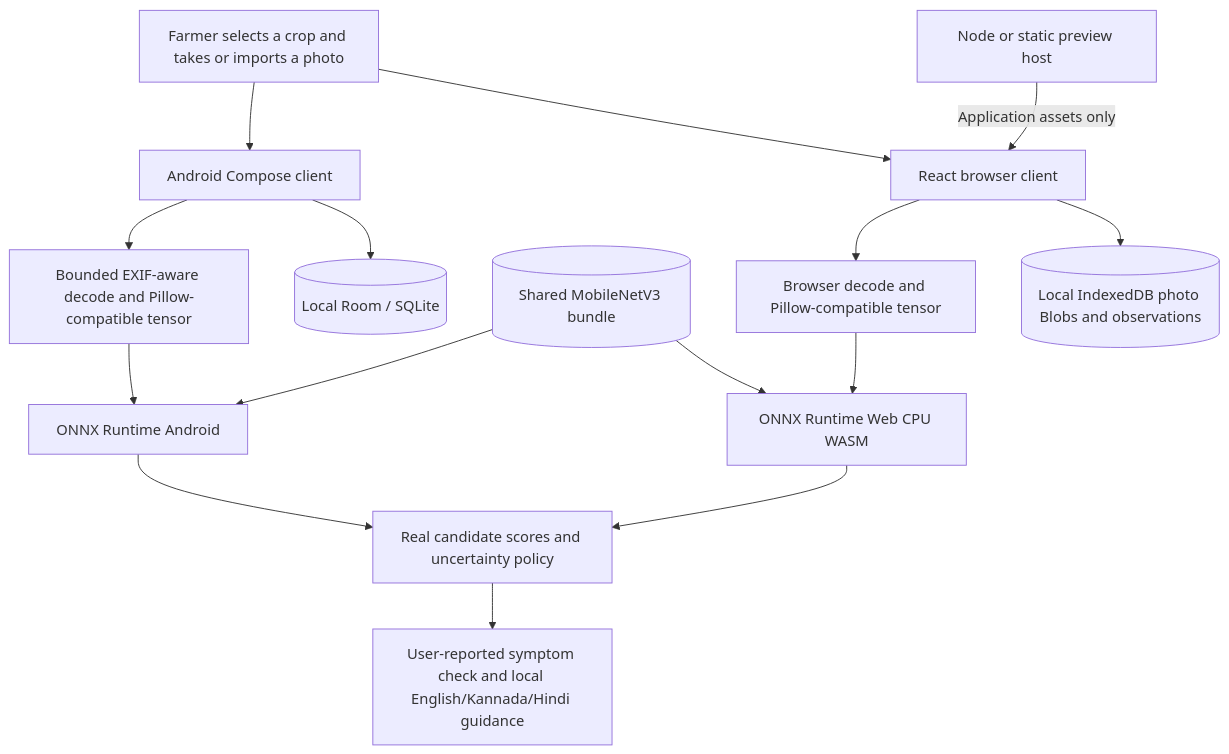
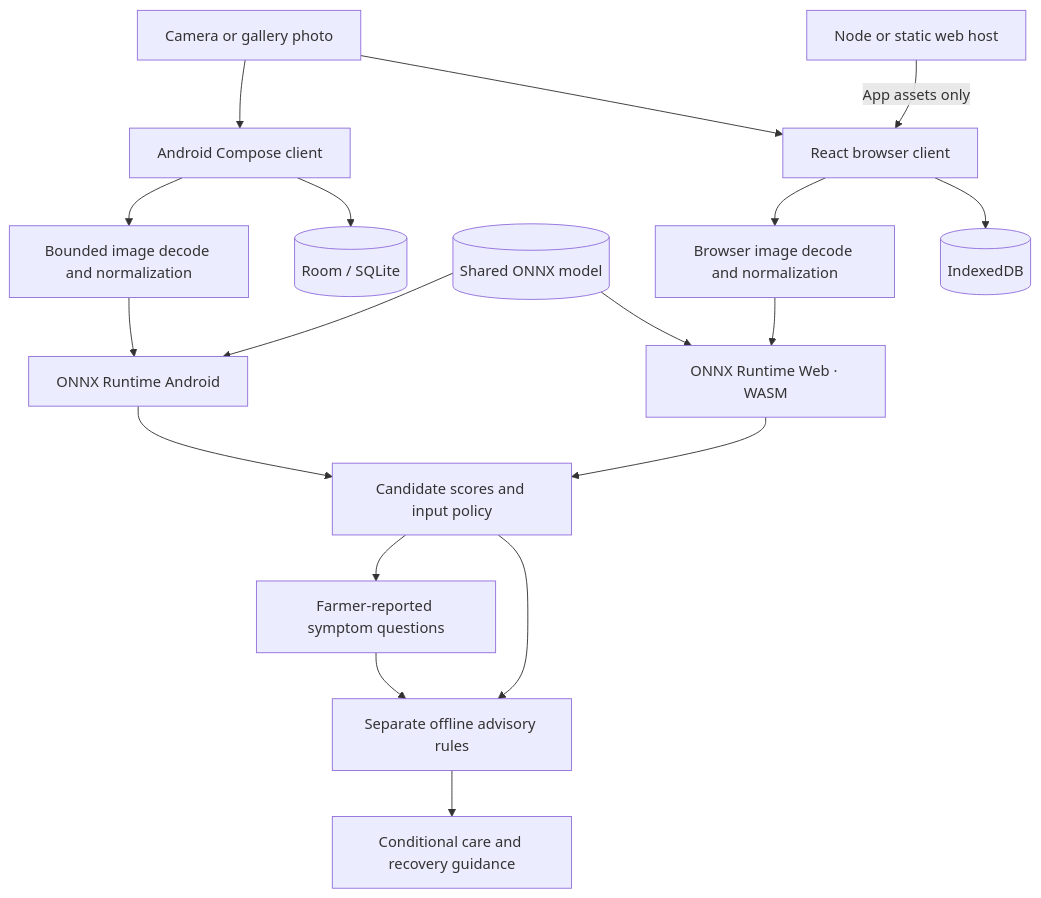
One commit to salecha-codes/Build_Beyond changed the diagram in docs/REPOSITORY_STRUCTURE.md. Above: the diagram before and after it, drawn with Mermaid. The commit also changed other lines of this file and 1 other file, not shown here.

````diff
--- a/docs/REPOSITORY_STRUCTURE.md
+++ b/docs/REPOSITORY_STRUCTURE.md
@@ -31,18 +52,20 @@
 ```mermaid
 flowchart TD
-    Photo[Farmer selects a crop and takes or imports a photo]
-    Photo --> Native[Android Compose client]
-    Photo --> Web[React browser client]
-    Native --> NPrep[Bounded EXIF-aware decode and Pillow-compatible tensor]
-    Web --> WPrep[Browser decode and Pillow-compatible tensor]
-    Bundle[(Shared MobileNetV3 bundle)] --> ORTA[ONNX Runtime Android]
-    Bundle --> ORTW[ONNX Runtime Web CPU WASM]
-    NPrep --> ORTA
-    WPrep --> ORTW
-    ORTA --> Gate[Real candidate scores and uncertainty policy]
-    ORTW --> Gate
-    Gate --> Guide[User-reported symptom check and local English/Kannada/Hindi guidance]
-    Native --> Room[(Local Room / SQLite)]
-    Web --> IDB[(Local IndexedDB photo Blobs and observations)]
-    Host[Node or static preview host] -->|Application assets only| Web
+    Photo[Camera or gallery photo] --> Android[Android Compose client]
+    Photo --> Browser[React browser client]
+    Android --> PrepA[Bounded image decode and normalization]
+    Browser --> PrepB[Browser image decode and normalization]
+    Model[(Shared ONNX model)] --> ORTA[ONNX Runtime Android]
+    Model --> ORTW[ONNX Runtime Web · WASM]
+    PrepA --> ORTA
+    PrepB --> ORTW
+    ORTA --> Results[Candidate scores and input policy]
+    ORTW --> Results
+    Results --> Questions[Farmer-reported symptom questions]
+    Results --> Advisory[Separate offline advisory rules]
+    Questions --> Advisory
+    Advisory --> Care[Conditional care and recovery guidance]
+    Android --> Room[(Room / SQLite)]
+    Browser --> IDB[(IndexedDB)]
+    StaticHost[Node or static web host] -->|App assets only| Browser
 ```
````
